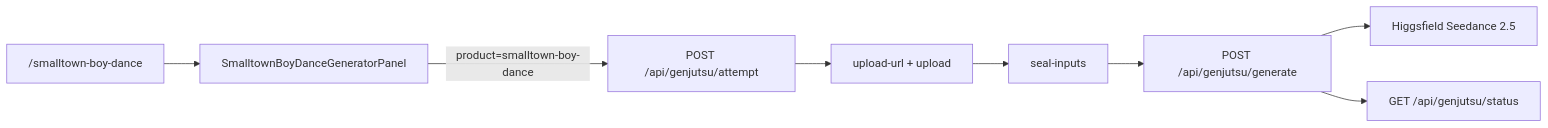
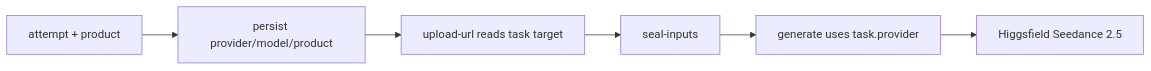
One commit to CoderLim/a2o-lite-ai changed the diagram in docs/plans/smalltown-boy-dance.md. Above: the diagram before and after it, drawn with Mermaid. The commit also changed other lines of this file, not shown here.

First line of the commit message:
docs: revise Smalltown Boy Dance plan after critical review

````diff
--- a/docs/plans/smalltown-boy-dance.md
+++ b/docs/plans/smalltown-boy-dance.md
@@ -19,10 +38,8 @@
 ```mermaid
 flowchart LR
-  page["/smalltown-boy-dance"] --> panel["SmalltownBoyDanceGeneratorPanel"]
-  panel -->|"product=smalltown-boy-dance"| attempt["POST /api/genjutsu/attempt"]
-  attempt --> upload["upload-url + upload"]
+  attempt["attempt + product"] --> persist["persist provider/model/product"]
+  persist --> upload["upload-url reads task target"]
   upload --> seal["seal-inputs"]
-  seal --> generate["POST /api/genjutsu/generate"]
+  seal --> generate["generate uses task.provider"]
   generate --> hf["Higgsfield Seedance 2.5"]
-  generate --> poll["GET /api/genjutsu/status"]
 ```
````
